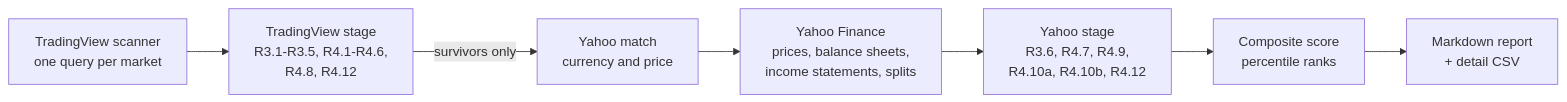
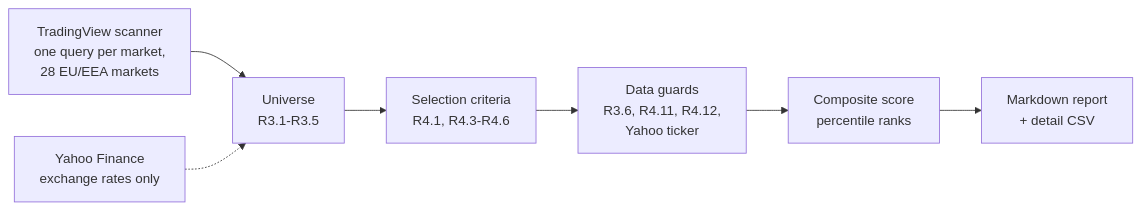
The diagram in README.md (theo-s-bonnet/portfolio-manager-agent), drawn with Mermaid before and after one commit. The commit also changed other lines of this file and 2 other files, not shown here.

````diff
--- a/README.md
+++ b/README.md
@@ -23,9 +24,9 @@
 ```mermaid
 flowchart LR
-    A[TradingView scanner<br/>one query per market] --> B[TradingView stage<br/>R3.1-R3.5, R4.1-R4.6,<br/>R4.8, R4.12]
-    B -->|survivors only| C[Yahoo match<br/>currency and price]
-    C --> D[Yahoo Finance<br/>prices, balance sheets,<br/>income statements, splits]
-    D --> E[Yahoo stage<br/>R3.6, R4.7, R4.9,<br/>R4.10a, R4.10b, R4.12]
-    E --> F[Composite score<br/>percentile ranks]
-    F --> G[Markdown report<br/>+ detail CSV]
+    A[TradingView scanner<br/>one query per market,<br/>28 EU/EEA markets] --> B[Universe<br/>R3.1-R3.5]
+    B --> C[Selection criteria<br/>R4.1, R4.3-R4.6]
+    C --> D[Data guards<br/>R3.6, R4.11, R4.12,<br/>Yahoo ticker]
+    D --> E[Composite score<br/>percentile ranks]
+    E --> F[Markdown report<br/>+ detail CSV]
+    Y[Yahoo Finance<br/>exchange rates only] -.-> B
 ```
````
